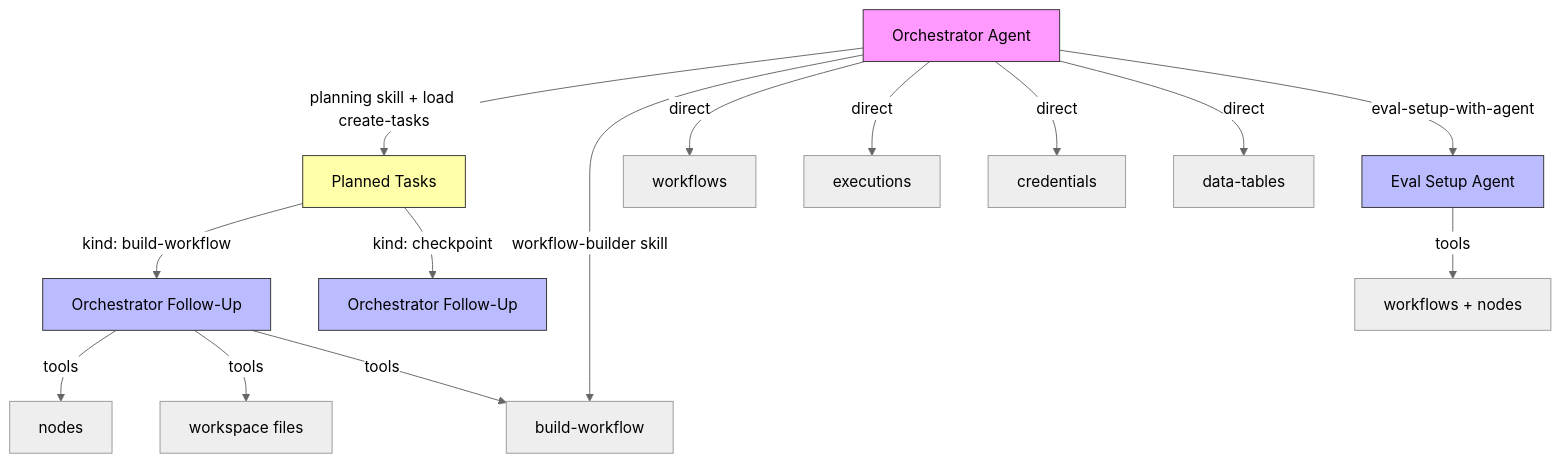
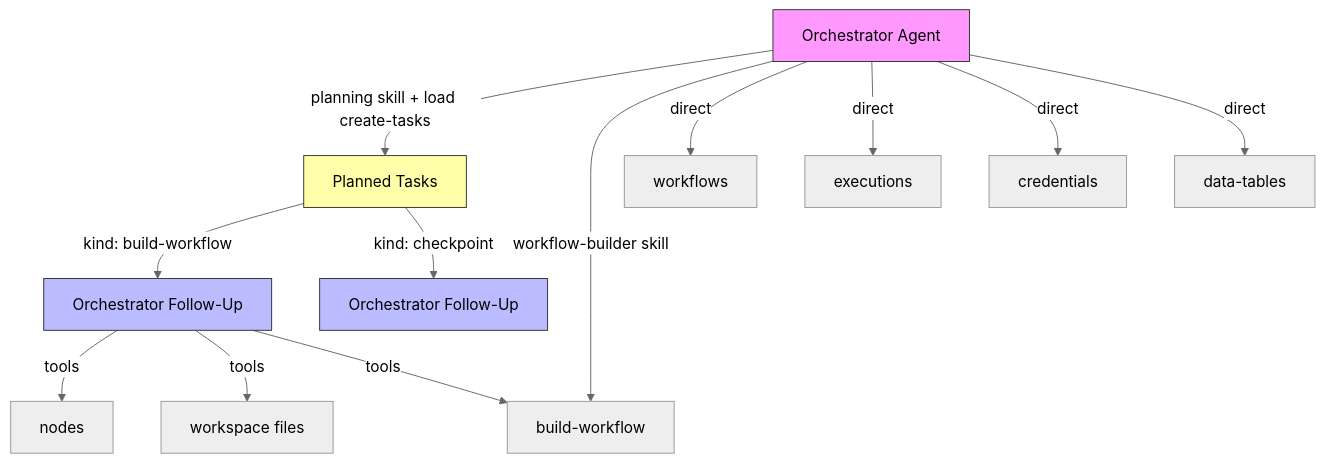
One commit to Tanishq-1/all-global-plugin changed the second of 2 diagrams in universal-plugin/backend/oss/n8n/packages/@n8n/instance-ai/docs/architecture.md. Above: the diagram before and after it, drawn with Mermaid (neutral theme). The commit also changed other lines of this file and 3199 other files, not shown here.

````diff
--- a/universal-plugin/backend/oss/n8n/packages/@n8n/instance-ai/docs/architecture.md
+++ b/universal-plugin/backend/oss/n8n/packages/@n8n/instance-ai/docs/architecture.md
@@ -134,24 +119,21 @@
 ```mermaid
 graph TD
     O[Orchestrator Agent] -->|planning skill + load create-tasks| S3[Planned Tasks]
     O -->|workflow-builder skill| T10[build-workflow]
     O -->|direct| T1[workflows]
     O -->|direct| T2[executions]
     O -->|direct| T3[credentials]
     O -->|direct| T5[data-tables]
-    O -->|eval-setup-with-agent| S5[Eval Setup Agent]
 
     S3 -->|kind: build-workflow| S4[Orchestrator Follow-Up]
     S3 -->|kind: checkpoint| S6[Orchestrator Follow-Up]
 
     S4 -->|tools| T8[nodes]
     S4 -->|tools| T9[workspace files]
     S4 -->|tools| T10
-    S5 -->|tools| T11[workflows + nodes]
 
     style O fill:#f9f,stroke:#333
     style S3 fill:#ffa,stroke:#333
     style S4 fill:#bbf,stroke:#333
-    style S5 fill:#bbf,stroke:#333
     style S6 fill:#bbf,stroke:#333
 ```
````
